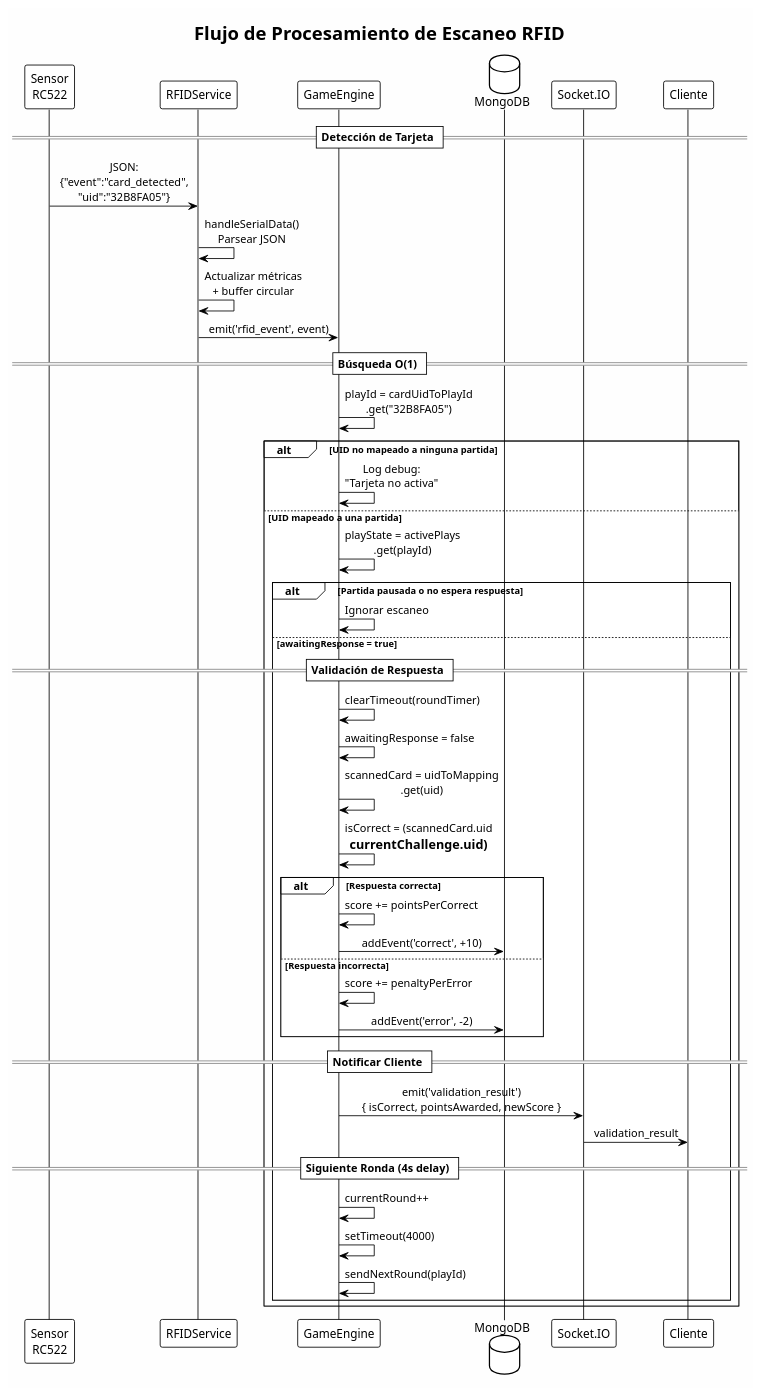
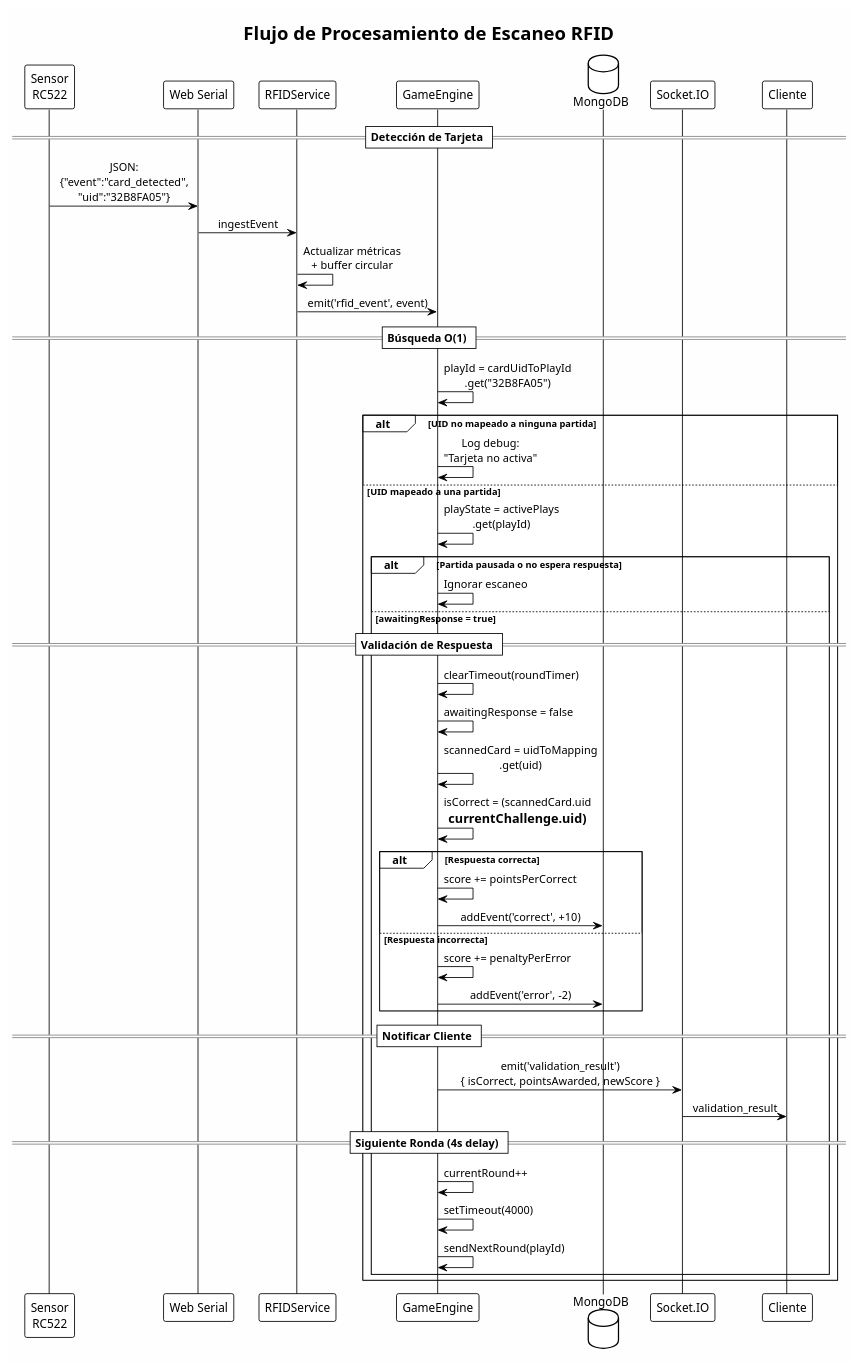
Before and after one commit to Samuel-Prog-CSec/TFG-IoT: the diagram in backend/docs/diagrams/rfid_card_scan_processing.puml, drawn with PlantUML. The commit also changed 37 other files, not shown here.

First line of the commit message:
feat: migración de la arquitectura RFID a la API Web Serial

```diff
--- a/backend/docs/diagrams/rfid_card_scan_processing.puml
+++ b/backend/docs/diagrams/rfid_card_scan_processing.puml
@@ -1,70 +1,70 @@
 @startuml RFID_Card_Scan_Processing
 
 !theme plain
 skinparam backgroundColor #FEFEFE
 skinparam sequenceMessageAlign center
 
 title Flujo de Procesamiento de Escaneo RFID
 
 participant "Sensor\nRC522" as Sensor
+participant "Web Serial" as WebSerial
 participant "RFIDService" as RFID
 participant "GameEngine" as Engine
 database "MongoDB" as DB
 participant "Socket.IO" as Socket
 participant "Cliente" as Client
 
 == Detección de Tarjeta ==
 
-Sensor -> RFID : JSON:\n{"event":"card_detected",\n"uid":"32B8FA05"}
-
-RFID -> RFID : handleSerialData()\nParsear JSON
+Sensor -> WebSerial : JSON:\n{"event":"card_detected",\n"uid":"32B8FA05"}
+WebSerial -> RFID : ingestEvent
 
 RFID -> RFID : Actualizar métricas\n+ buffer circular
 
 RFID -> Engine : emit('rfid_event', event)
 
 == Búsqueda O(1) ==
 
 Engine -> Engine : playId = cardUidToPlayId\n.get("32B8FA05")
 
 alt UID no mapeado a ninguna partida
     Engine -> Engine : Log debug:\n"Tarjeta no activa"
 else UID mapeado a una partida
     Engine -> Engine : playState = activePlays\n.get(playId)
     
     alt Partida pausada o no espera respuesta
         Engine -> Engine : Ignorar escaneo
     else awaitingResponse = true
         
         == Validación de Respuesta ==
         
         Engine -> Engine : clearTimeout(roundTimer)
         Engine -> Engine : awaitingResponse = false
         
         Engine -> Engine : scannedCard = uidToMapping\n.get(uid)
         
         Engine -> Engine : isCorrect = (scannedCard.uid\n== currentChallenge.uid)
         
         alt Respuesta correcta
             Engine -> Engine : score += pointsPerCorrect
             Engine -> DB : addEvent('correct', +10)
         else Respuesta incorrecta
             Engine -> Engine : score += penaltyPerError
             Engine -> DB : addEvent('error', -2)
         end
         
         == Notificar Cliente ==
         
         Engine -> Socket : emit('validation_result')\n{ isCorrect, pointsAwarded, newScore }
         
         Socket -> Client : validation_result
         
         == Siguiente Ronda (4s delay) ==
         
         Engine -> Engine : currentRound++
         Engine -> Engine : setTimeout(4000)
         Engine -> Engine : sendNextRound(playId)
     end
 end
 
 @enduml
```
